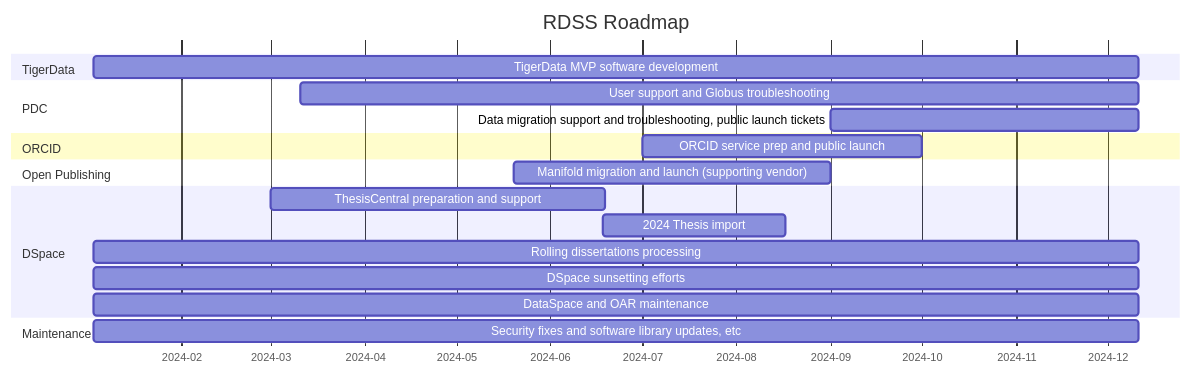
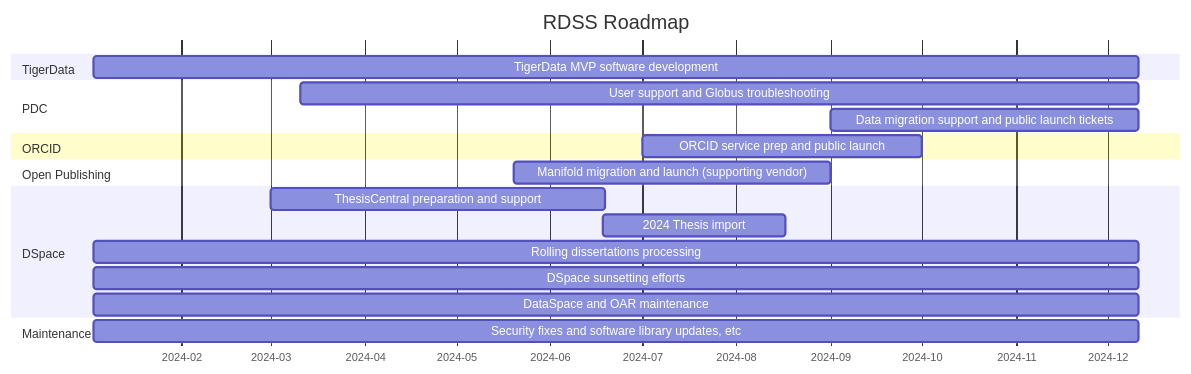
The diagram in roadmap.md (pulibrary/rdss-handbook), drawn with Mermaid before and after one commit.

Commit message:
Wrapped wording to fit graph

````diff
--- a/roadmap.md
+++ b/roadmap.md
@@ -5,23 +5,23 @@
 ```mermaid
 gantt
     title RDSS Roadmap
     axisFormat  %Y-%m
     dateformat YYYY-MM
     section TigerData
     TigerData MVP software development: td1,2024-01-03,343d
     section PDC
     User support and Globus troubleshooting: pd1,2024-03-11,275d
-    Data migration support and troubleshooting, public launch tickets: pd2,2024-09-01,101d
+    Data migration support and public launch tickets: pd2,2024-09-01,101d
     section ORCID
     ORCID service prep and public launch: or1,2024-07-01,92d
     section Open Publishing
     Manifold migration and launch (supporting vendor): op1,2024-05-20,104d
     section DSpace
     ThesisCentral preparation and support: dsp1,2024-03-01,110d
     2024 Thesis import: dsp2,2024-06-18,60d
     Rolling dissertations processing: dsp3,2024-01-03,343d
     DSpace sunsetting efforts: dsp4,2024-01-03,343d
     DataSpace and OAR maintenance: dsp5,2024-01-03,343d
     section Maintenance
     Security fixes and software library updates, etc: man1,2024-01-03,343d
 ```
````
